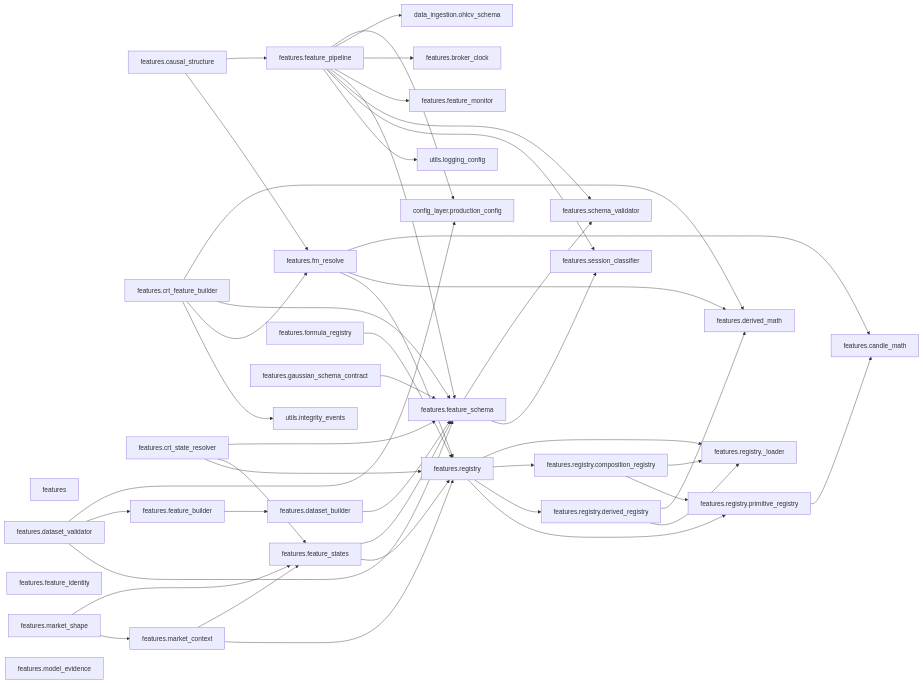
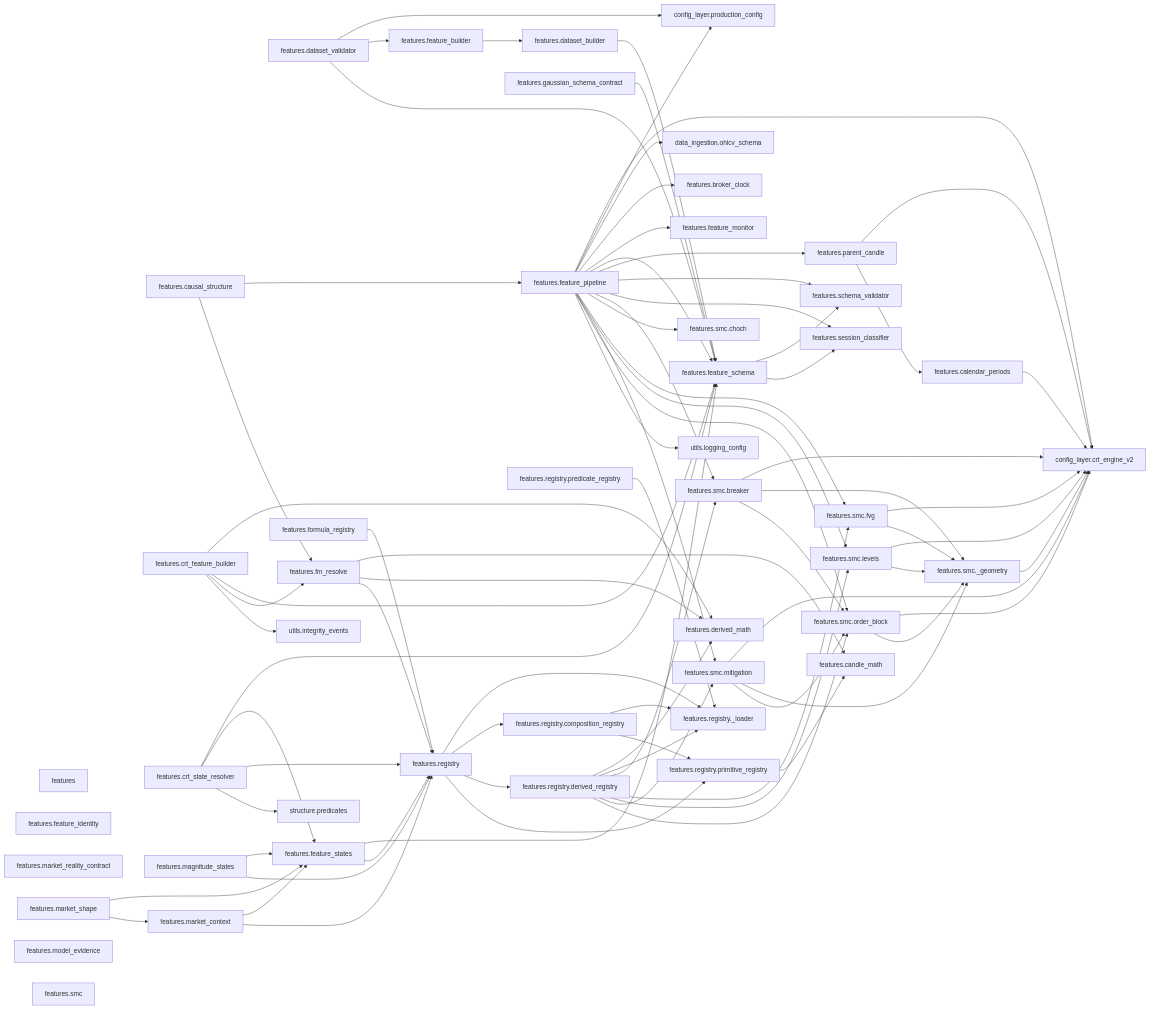
Diagram 14 of 39 in docs/architecture/code-map.generated.md (Chaithu1995-0312/TradeHlt), drawn with Mermaid before and after one commit. The commit also changed other lines of this file and 4 other files, not shown here.

````diff
--- a/docs/architecture/code-map.generated.md
+++ b/docs/architecture/code-map.generated.md
@@ -815,6 +842,7 @@
 flowchart LR
     features["features"]
     features_broker_clock["features.broker_clock"]
+    features_calendar_periods["features.calendar_periods"]
     features_candle_math["features.candle_math"]
     features_causal_structure["features.causal_structure"]
     features_crt_feature_builder["features.crt_feature_builder"]
@@ -831,20 +859,35 @@
     features_fm_resolve["features.fm_resolve"]
     features_formula_registry["features.formula_registry"]
     features_gaussian_schema_contract["features.gaussian_schema_contract"]
+    features_magnitude_states["features.magnitude_states"]
     features_market_context["features.market_context"]
+    features_market_reality_contract["features.market_reality_contract"]
     features_market_shape["features.market_shape"]
     features_model_evidence["features.model_evidence"]
+    features_parent_candle["features.parent_candle"]
     features_registry["features.registry"]
     features_registry__loader["features.registry._loader"]
     features_registry_composition_registry["features.registry.composition_registry"]
     features_registry_derived_registry["features.registry.derived_registry"]
+    features_registry_predicate_registry["features.registry.predicate_registry"]
     features_registry_primitive_registry["features.registry.primitive_registry"]
     features_schema_validator["features.schema_validator"]
     features_session_classifier["features.session_classifier"]
+    features_smc["features.smc"]
+    features_smc__geometry["features.smc._geometry"]
+    features_smc_breaker["features.smc.breaker"]
+    features_smc_choch["features.smc.choch"]
+    features_smc_fvg["features.smc.fvg"]
+    features_smc_levels["features.smc.levels"]
+    features_smc_mitigation["features.smc.mitigation"]
+    features_smc_order_block["features.smc.order_block"]
+    config_layer_crt_engine_v2["config_layer.crt_engine_v2"]
     config_layer_production_config["config_layer.production_config"]
     data_ingestion_ohlcv_schema["data_ingestion.ohlcv_schema"]
+    structure_predicates["structure.predicates"]
     utils_integrity_events["utils.integrity_events"]
     utils_logging_config["utils.logging_config"]
+    features_calendar_periods --> config_layer_crt_engine_v2
     features_causal_structure --> features_feature_pipeline
     features_causal_structure --> features_fm_resolve
     features_crt_feature_builder --> features_derived_math
@@ -854,18 +897,27 @@
     features_crt_state_resolver --> features_feature_schema
     features_crt_state_resolver --> features_feature_states
     features_crt_state_resolver --> features_registry
+    features_crt_state_resolver --> structure_predicates
     features_dataset_builder --> features_feature_schema
     features_dataset_validator --> config_layer_production_config
     features_dataset_validator --> features_feature_builder
     features_dataset_validator --> features_feature_schema
     features_feature_builder --> features_dataset_builder
+    features_feature_pipeline --> config_layer_crt_engine_v2
     features_feature_pipeline --> config_layer_production_config
     features_feature_pipeline --> data_ingestion_ohlcv_schema
     features_feature_pipeline --> features_broker_clock
     features_feature_pipeline --> features_feature_monitor
     features_feature_pipeline --> features_feature_schema
+    features_feature_pipeline --> features_parent_candle
     features_feature_pipeline --> features_schema_validator
     features_feature_pipeline --> features_session_classifier
+    features_feature_pipeline --> features_smc_breaker
+    features_feature_pipeline --> features_smc_choch
+    features_feature_pipeline --> features_smc_fvg
+    features_feature_pipeline --> features_smc_levels
+    features_feature_pipeline --> features_smc_mitigation
+    features_feature_pipeline --> features_smc_order_block
     features_feature_pipeline --> utils_logging_config
     features_feature_schema --> features_schema_validator
     features_feature_schema --> features_session_classifier
@@ -876,10 +928,14 @@
     features_fm_resolve --> features_registry
     features_formula_registry --> features_registry
     features_gaussian_schema_contract --> features_feature_schema
+    features_magnitude_states --> features_feature_states
+    features_magnitude_states --> features_registry
     features_market_context --> features_feature_states
     features_market_context --> features_registry
     features_market_shape --> features_feature_states
     features_market_shape --> features_market_context
+    features_parent_candle --> config_layer_crt_engine_v2
+    features_parent_candle --> features_calendar_periods
     features_registry --> features_registry__loader
     features_registry --> features_registry_composition_registry
     features_registry --> features_registry_derived_registry
@@ -888,5 +944,24 @@
     features_registry_composition_registry --> features_registry_primitive_registry
     features_registry_derived_registry --> features_derived_math
     features_registry_derived_registry --> features_registry__loader
+    features_registry_derived_registry --> features_smc_breaker
+    features_registry_derived_registry --> features_smc_fvg
+    features_registry_derived_registry --> features_smc_levels
+    features_registry_derived_registry --> features_smc_mitigation
+    features_registry_derived_registry --> features_smc_order_block
+    features_registry_predicate_registry --> features_registry__loader
     features_registry_primitive_registry --> features_candle_math
+    features_smc__geometry --> config_layer_crt_engine_v2
+    features_smc_breaker --> config_layer_crt_engine_v2
+    features_smc_breaker --> features_smc__geometry
+    features_smc_breaker --> features_smc_order_block
+    features_smc_fvg --> config_layer_crt_engine_v2
+    features_smc_fvg --> features_smc__geometry
+    features_smc_levels --> config_layer_crt_engine_v2
+    features_smc_levels --> features_smc__geometry
+    features_smc_mitigation --> config_layer_crt_engine_v2
+    features_smc_mitigation --> features_smc__geometry
+    features_smc_mitigation --> features_smc_order_block
+    features_smc_order_block --> config_layer_crt_engine_v2
+    features_smc_order_block --> features_smc__geometry
 ```
````
